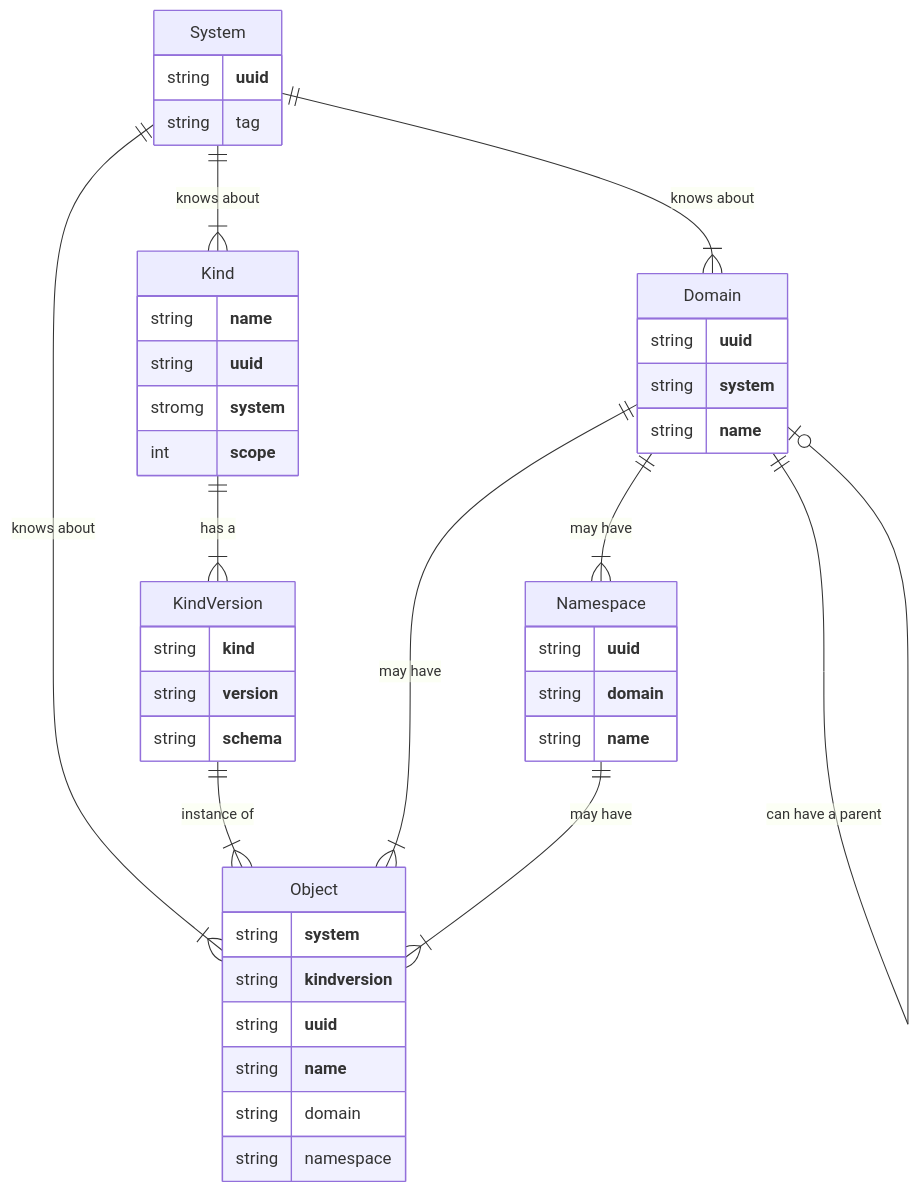
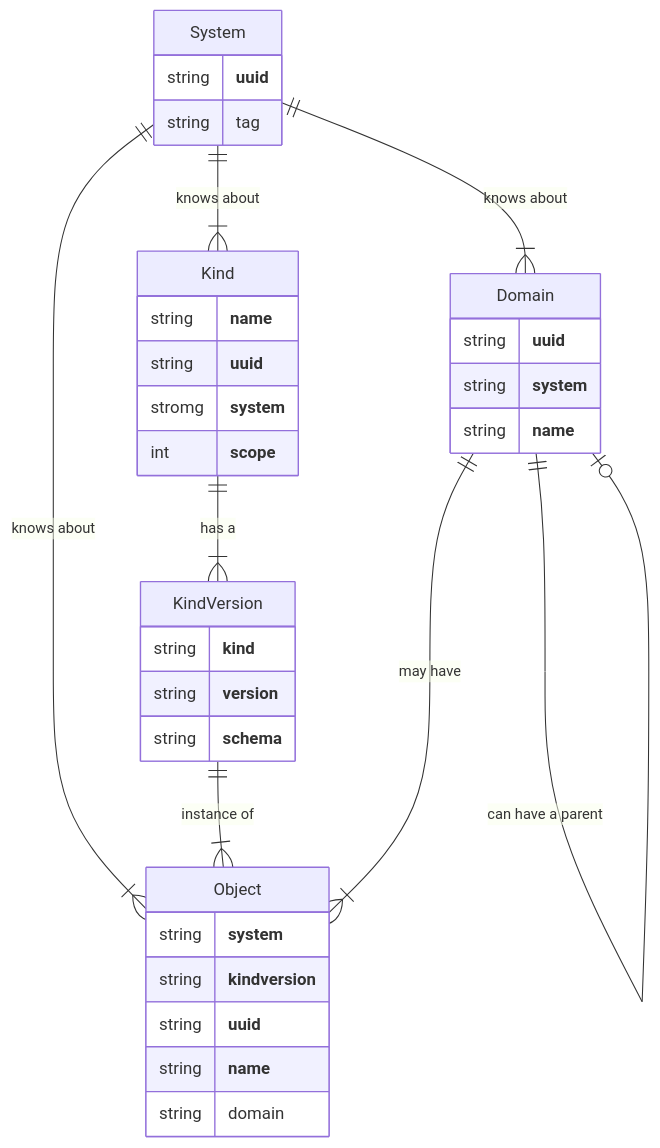
Before and after one commit to relexec/rxp: the fourth of 4 diagrams in docs/reference.md, drawn with Mermaid. The commit also changed other lines of this file and 28 other files, not shown here.

````diff
--- a/docs/reference.md
+++ b/docs/reference.md
@@ -169,45 +150,37 @@
 ```mermaid
 erDiagram
     System ||--|{ Kind : "knows about"
     System ||--|{ Domain : "knows about"
     System ||--|{ Object : "knows about"
     Kind ||--|{ KindVersion : "has a"
     KindVersion ||--|{ Object : "instance of"
-    Domain ||--|{ Namespace : "may have"
     Domain ||--|{ Object : "may have"
     Domain ||--|o Domain : "can have a parent"
-    Namespace ||--|{ Object : "may have"
     System {
         string **uuid**
         string tag
     }
     Kind {
         string **name**
         string **uuid**
         stromg **system**
         int **scope**
     }
     KindVersion{
         string **kind**
         string **version**
         string **schema**
     }
     Domain{
         string **uuid**
         string **system**
         string **name**
     }
-    Namespace{
-        string **uuid**
-        string **domain**
-        string **name**
-    }
     Object{
         string **system**
         string **kindversion**
         string **uuid**
         string **name**
         string domain
-        string namespace
     }
 ```
````
